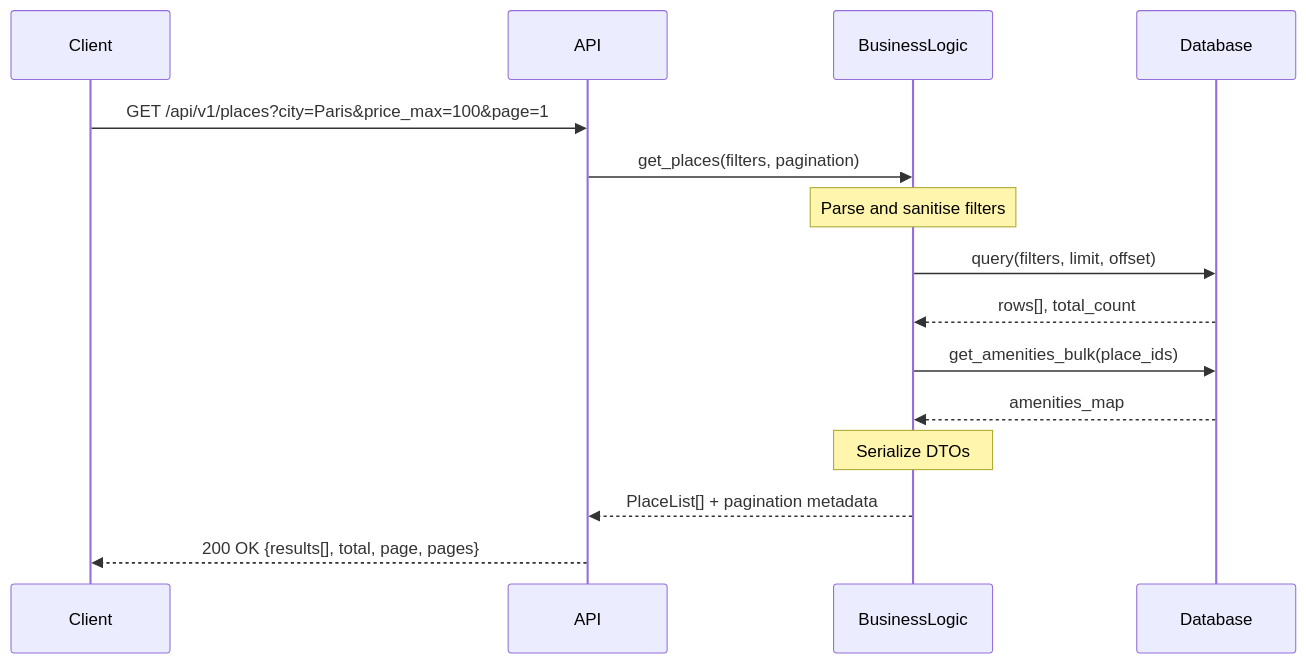
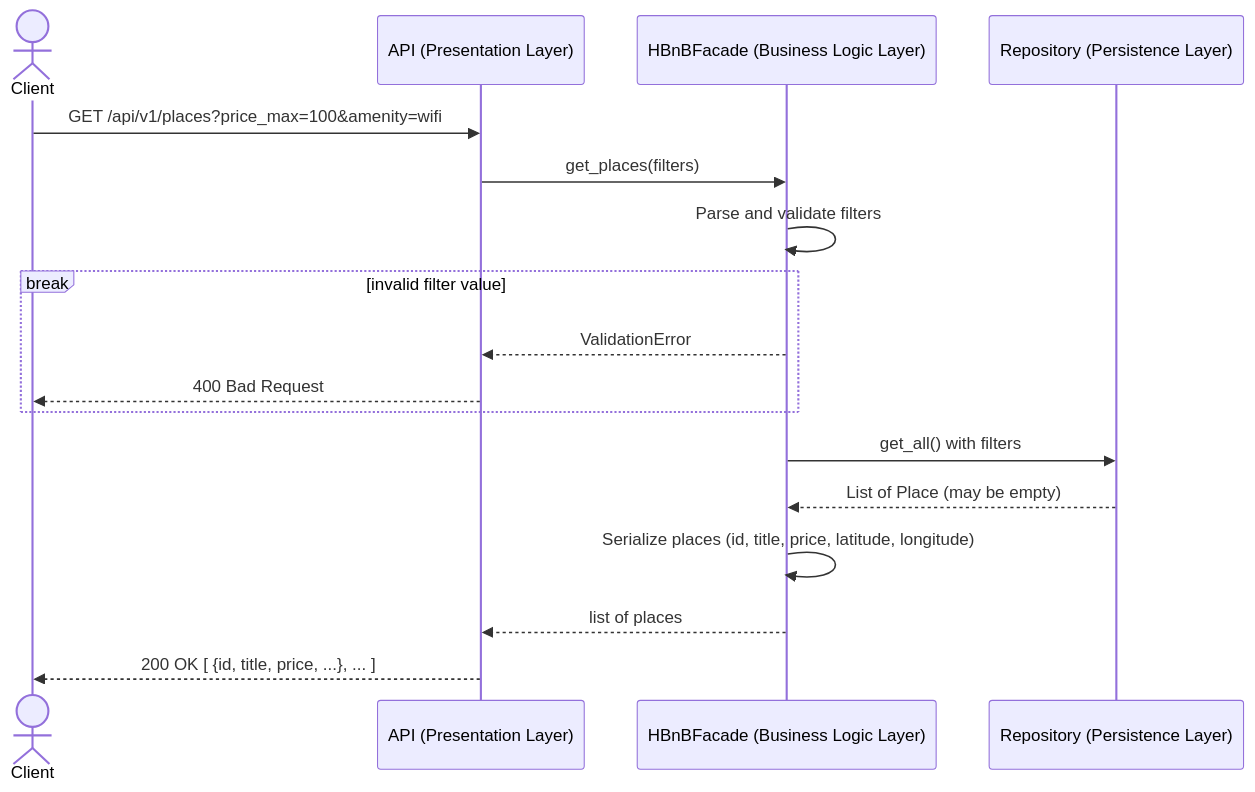
One commit to quliyevadinara/holbertonschool-hbnb changed the sixth of 6 diagrams in part1/diagrams.md. Above: the diagram before and after it, drawn with Mermaid. The commit also changed other lines of this file and 1 other file, not shown here.

Commit message:
Complete part1 technical documentation with UML diagrams

````diff
--- a/part1/diagrams.md
+++ b/part1/diagrams.md
@@ -176,18 +241,20 @@
 ```mermaid
 sequenceDiagram
-    participant Client
-    participant API
-    participant BusinessLogic
-    participant Database
+    actor Client
+    participant API as API (Presentation Layer)
+    participant BL as HBnBFacade (Business Logic Layer)
+    participant DB as Repository (Persistence Layer)
 
-    Client->>API: GET /api/v1/places?city=Paris&price_max=100&page=1
-    API->>BusinessLogic: get_places(filters, pagination)
-    Note over BusinessLogic: Parse and sanitise filters
-    BusinessLogic->>Database: query(filters, limit, offset)
-    Database-->>BusinessLogic: rows[], total_count
-    BusinessLogic->>Database: get_amenities_bulk(place_ids)
-    Database-->>BusinessLogic: amenities_map
-    Note over BusinessLogic: Serialize DTOs
-    BusinessLogic-->>API: PlaceList[] + pagination metadata
-    API-->>Client: 200 OK {results[], total, page, pages}
+    Client->>API: GET /api/v1/places?price_max=100&amenity=wifi
+    API->>BL: get_places(filters)
+    BL->>BL: Parse and validate filters
+    break invalid filter value
+        BL-->>API: ValidationError
+        API-->>Client: 400 Bad Request
+    end
+    BL->>DB: get_all() with filters
+    DB-->>BL: List of Place (may be empty)
+    BL->>BL: Serialize places (id, title, price, latitude, longitude)
+    BL-->>API: list of places
+    API-->>Client: 200 OK [ {id, title, price, ...}, ... ]
 ```
````
